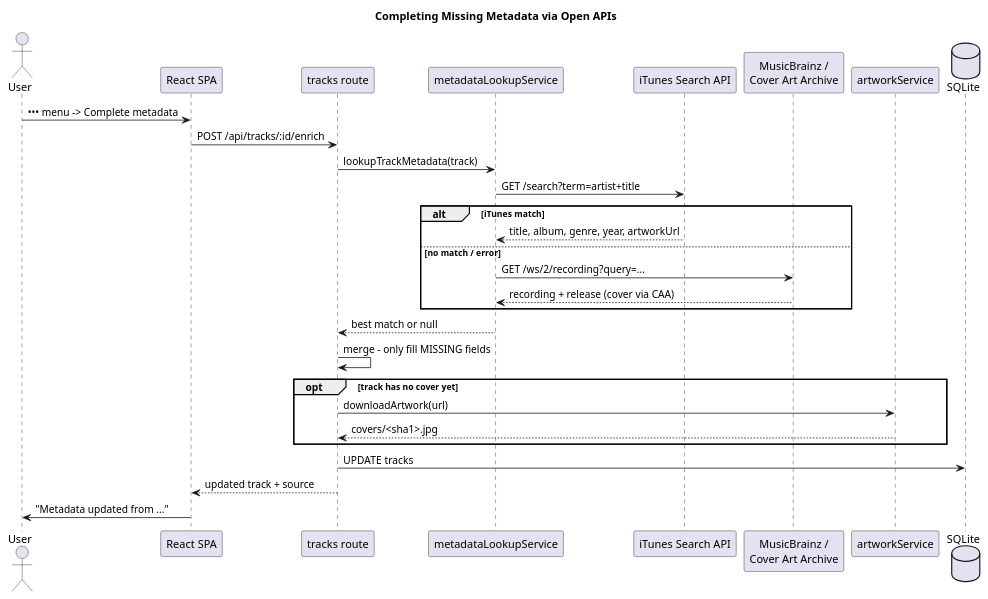
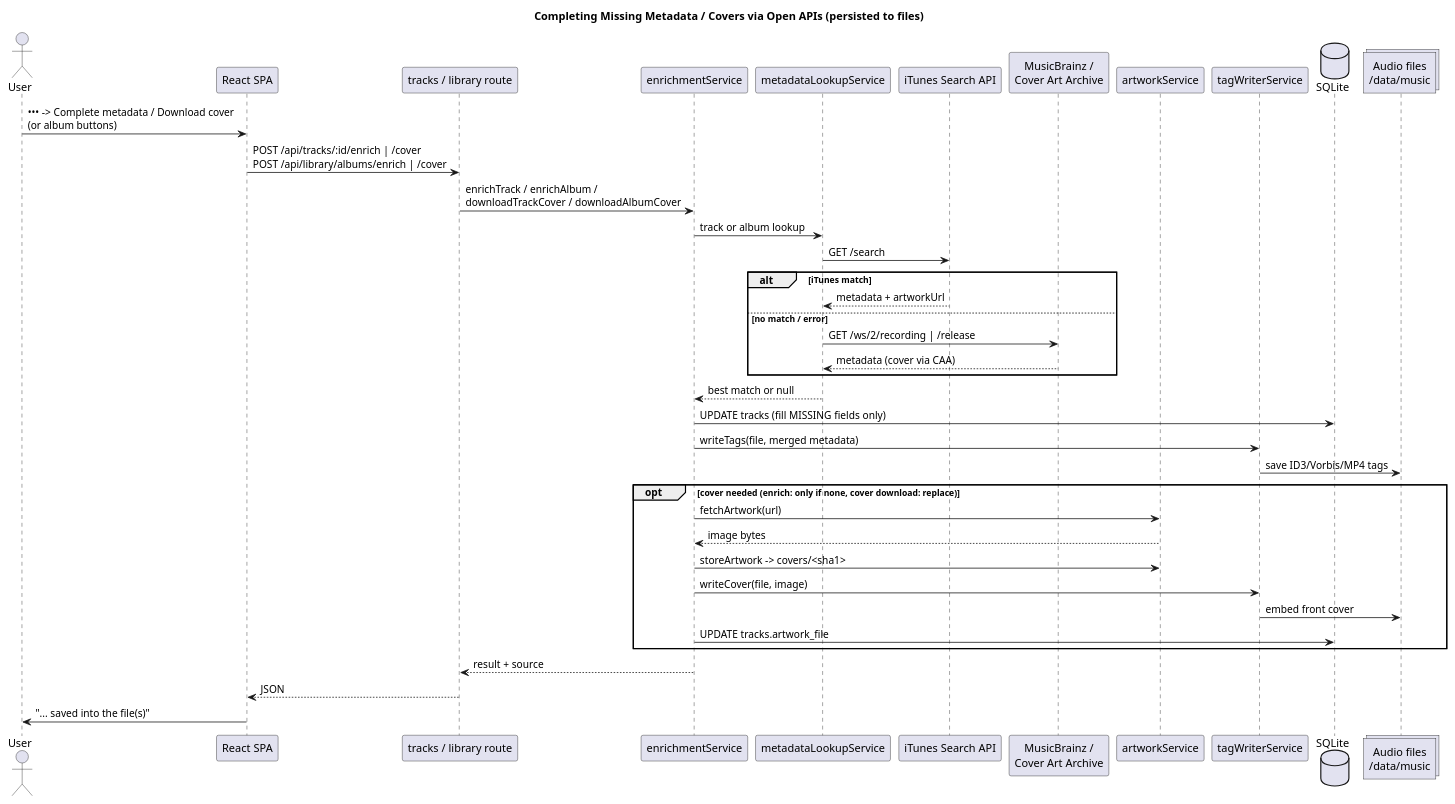
One commit to sandschm/TuneVault changed the diagram in docs/diagrams/sequence-enrichment.puml. Above: the diagram before and after it, drawn with PlantUML. The commit also changed 28 other files, not shown here.

First line of the commit message:
Add playlists UX, multi-select, file-persisted metadata/covers, global search

```diff
--- a/docs/diagrams/sequence-enrichment.puml
+++ b/docs/diagrams/sequence-enrichment.puml
@@ -1,32 +1,42 @@
 @startuml sequence-enrichment
-title Completing Missing Metadata via Open APIs
+title Completing Missing Metadata / Covers via Open APIs (persisted to files)
 
 actor User
 participant "React SPA" as SPA
-participant "tracks route" as Tracks
+participant "tracks / library route" as Route
+participant "enrichmentService" as Enrich
 participant "metadataLookupService" as Lookup
 participant "iTunes Search API" as ITunes
 participant "MusicBrainz /\nCover Art Archive" as MB
 participant "artworkService" as Art
+participant "tagWriterService" as TagWriter
 database "SQLite" as DB
+collections "Audio files\n/data/music" as Files
 
-User -> SPA : ••• menu -> Complete metadata
-SPA -> Tracks : POST /api/tracks/:id/enrich
-Tracks -> Lookup : lookupTrackMetadata(track)
-Lookup -> ITunes : GET /search?term=artist+title
+User -> SPA : ••• -> Complete metadata / Download cover\n(or album buttons)
+SPA -> Route : POST /api/tracks/:id/enrich | /cover\nPOST /api/library/albums/enrich | /cover
+Route -> Enrich : enrichTrack / enrichAlbum /\ndownloadTrackCover / downloadAlbumCover
+Enrich -> Lookup : track or album lookup
+Lookup -> ITunes : GET /search
 alt iTunes match
-  ITunes --> Lookup : title, album, genre, year, artworkUrl
+  ITunes --> Lookup : metadata + artworkUrl
 else no match / error
-  Lookup -> MB : GET /ws/2/recording?query=...
-  MB --> Lookup : recording + release (cover via CAA)
+  Lookup -> MB : GET /ws/2/recording | /release
+  MB --> Lookup : metadata (cover via CAA)
 end
-Lookup --> Tracks : best match or null
-Tracks -> Tracks : merge - only fill MISSING fields
-opt track has no cover yet
-  Tracks -> Art : downloadArtwork(url)
-  Art --> Tracks : covers/<sha1>.jpg
+Lookup --> Enrich : best match or null
+Enrich -> DB : UPDATE tracks (fill MISSING fields only)
+Enrich -> TagWriter : writeTags(file, merged metadata)
+TagWriter -> Files : save ID3/Vorbis/MP4 tags
+opt cover needed (enrich: only if none, cover download: replace)
+  Enrich -> Art : fetchArtwork(url)
+  Art --> Enrich : image bytes
+  Enrich -> Art : storeArtwork -> covers/<sha1>
+  Enrich -> TagWriter : writeCover(file, image)
+  TagWriter -> Files : embed front cover
+  Enrich -> DB : UPDATE tracks.artwork_file
 end
-Tracks -> DB : UPDATE tracks
-Tracks --> SPA : updated track + source
-SPA -> User : "Metadata updated from ..."
+Enrich --> Route : result + source
+Route --> SPA : JSON
+SPA -> User : "... saved into the file(s)"
 @enduml
```
